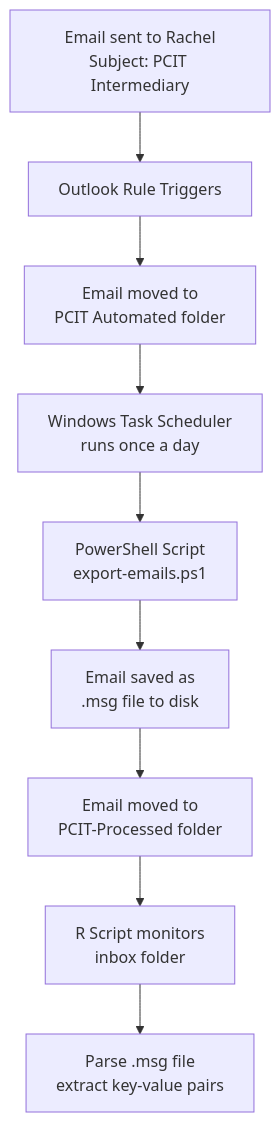
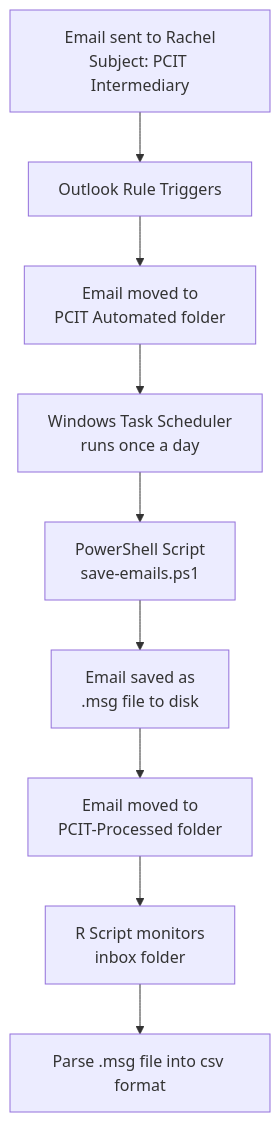
One commit to lexler/email-processor changed the diagram in docs/email_ingestion.md. Above: the diagram before and after it, drawn with Mermaid. The commit also changed other lines of this file and 8 other files, not shown here.

````diff
--- a/docs/email_ingestion.md
+++ b/docs/email_ingestion.md
@@ -10,11 +11,11 @@
 ```mermaid
 flowchart TD
     A[Email sent to Rachel<br/>Subject: PCIT Intermediary] --> B[Outlook Rule Triggers]
     B --> C[Email moved to<br/>PCIT Automated folder]
     C --> D[Windows Task Scheduler<br/>runs once a day]
-    D --> E[PowerShell Script<br/>export-emails.ps1]
+    D --> E[PowerShell Script<br/>save-emails.ps1]
     E --> F[Email saved as<br/>.msg file to disk]
     F --> G[Email moved to<br/>PCIT-Processed folder]
     G --> H[R Script monitors<br/>inbox folder]
-    H --> I[Parse .msg file<br/>extract key-value pairs]
+    H --> I[Parse .msg file into csv format<br/>]
 ```
````
